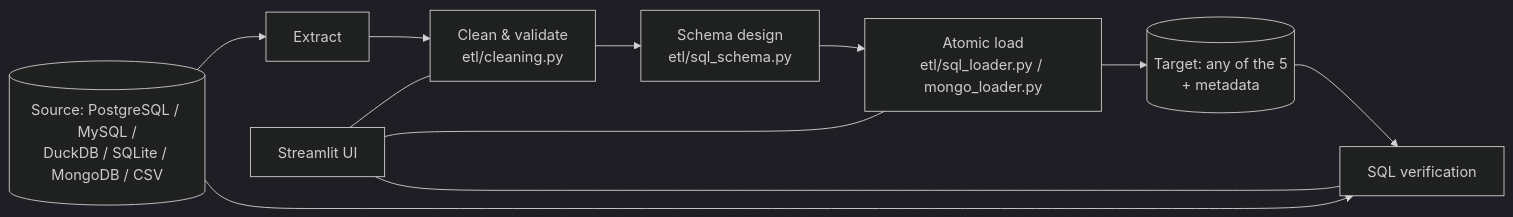
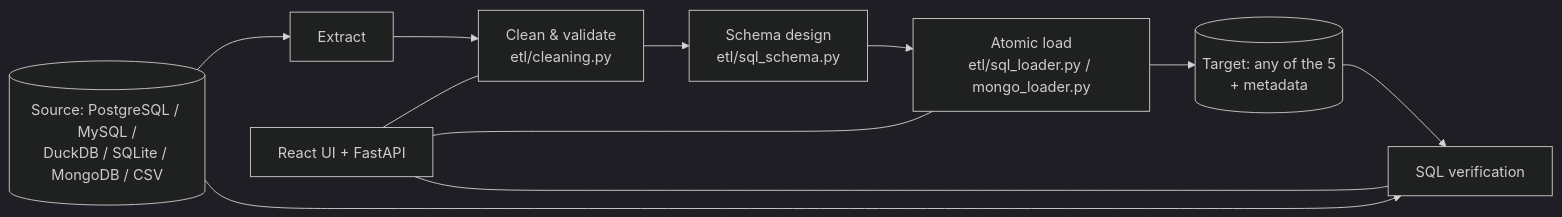
The first of 3 diagrams in docs/REPORT.md (georgedotdev/ai-data-migration-agent), drawn with Mermaid (dark theme) before and after one commit. The commit also changed 39 other files, not shown here.

First line of the commit message:
feat: rebuild UI as React + FastAPI web app with dark dashboard design

````diff
--- a/docs/REPORT.md
+++ b/docs/REPORT.md
@@ -25,11 +25,11 @@
 ```mermaid
 flowchart LR
     PG[(Source: PostgreSQL / MySQL /<br/>DuckDB / SQLite / MongoDB / CSV)] --> EX[Extract]
     EX --> CL[Clean & validate<br/>etl/cleaning.py]
     CL --> SD[Schema design<br/>etl/sql_schema.py]
     SD --> LD[Atomic load<br/>etl/sql_loader.py / mongo_loader.py]
     LD --> MY[(Target: any of the 5<br/>+ metadata)]
     MY --> VF[SQL verification]
     PG --> VF
-    UI[Streamlit UI] --- CL & LD & VF
+    UI[React UI + FastAPI] --- CL & LD & VF
 ```
````
